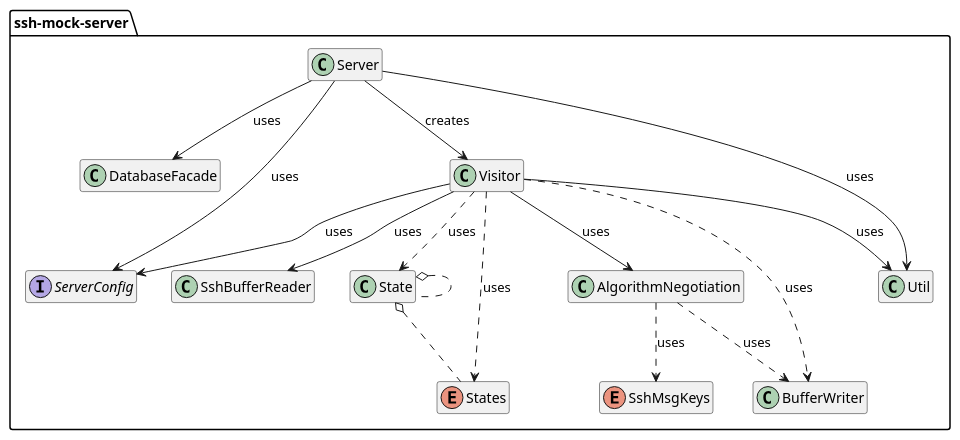
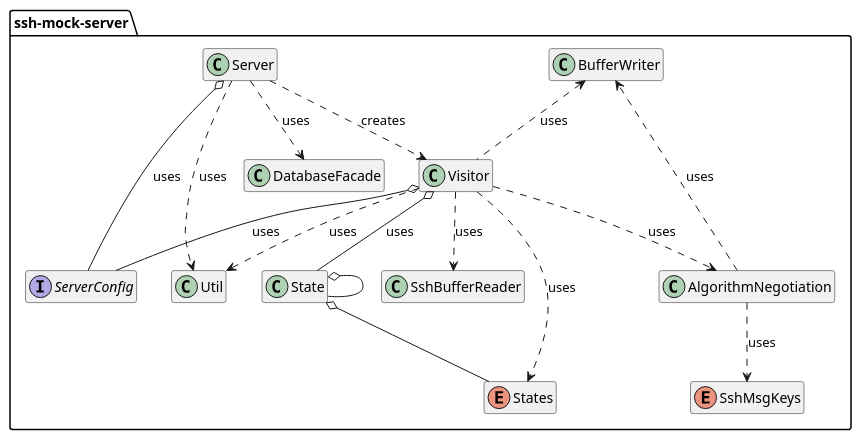
The diagram in ssh-mock-server/documentation/class.structure.iuml (MopcSolutions/ssh-mock-server), drawn with PlantUML before and after one commit. The commit also changed 10 other files, not shown here.

```diff
--- a/ssh-mock-server/documentation/class.structure.iuml
+++ b/ssh-mock-server/documentation/class.structure.iuml
@@ -1,32 +1,32 @@
 hide empty members
 
 package ssh-mock-server {
   class AlgorithmNegotiation
   class BufferWriter
   class DatabaseFacade
   class Server
   interface ServerConfig
   class SshBufferReader
   enum SshMsgKeys
   class State
   enum States
   class Util
   class Visitor
 }
 
 AlgorithmNegotiation ..> BufferWriter : uses
 AlgorithmNegotiation ..> SshMsgKeys : uses
-Visitor ..> BufferWriter : uses
-Visitor ..> State : uses
+Visitor .up.> BufferWriter : uses
+Visitor o-- State : uses
 Visitor ..> States : uses
-Visitor --> ServerConfig : uses
-Visitor --> SshBufferReader : uses
-Visitor --> AlgorithmNegotiation : uses
-Visitor --> Util : uses
-Server --> Visitor : creates
-Server --> DatabaseFacade : uses
-Server --> ServerConfig : uses
-Server --> Util : uses
+Visitor o-- ServerConfig : uses
+Visitor ..> SshBufferReader : uses
+Visitor ..> AlgorithmNegotiation : uses
+Visitor ..> Util : uses
+Server ..> Visitor : creates
+Server ..> DatabaseFacade : uses
+Server o-- ServerConfig : uses
+Server ..> Util : uses
 
-State o.. States
-State o.. State
+State o-- States
+State o-- State
```
